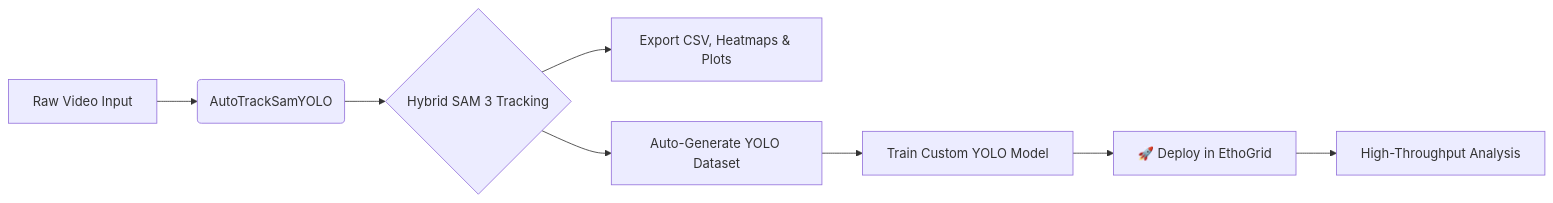
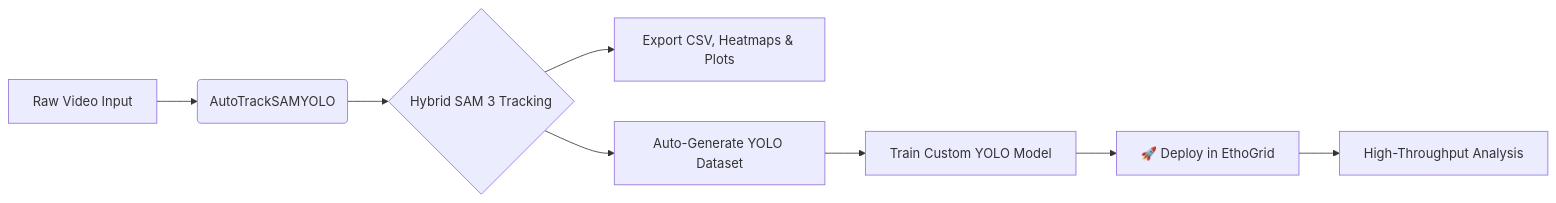
Before and after one commit to yousaf2018/AutoTrackSAMYOLO: the diagram in README.md, drawn with Mermaid. The commit also changed other lines of this file, not shown here.

````diff
--- a/README.md
+++ b/README.md
@@ -31,11 +31,11 @@
 ```mermaid
 graph LR
-    A[Raw Video Input] --> B(AutoTrackSamYOLO);
+    A[Raw Video Input] --> B(AutoTrackSAMYOLO);
     B --> C{Hybrid SAM 3 Tracking};
     C --> D[Export CSV, Heatmaps & Plots];
     C --> E[Auto-Generate YOLO Dataset];
     E --> F[Train Custom YOLO Model];
     F --> G[🚀 Deploy in EthoGrid];
     G --> H[High-Throughput Analysis];
 
 ```
````
